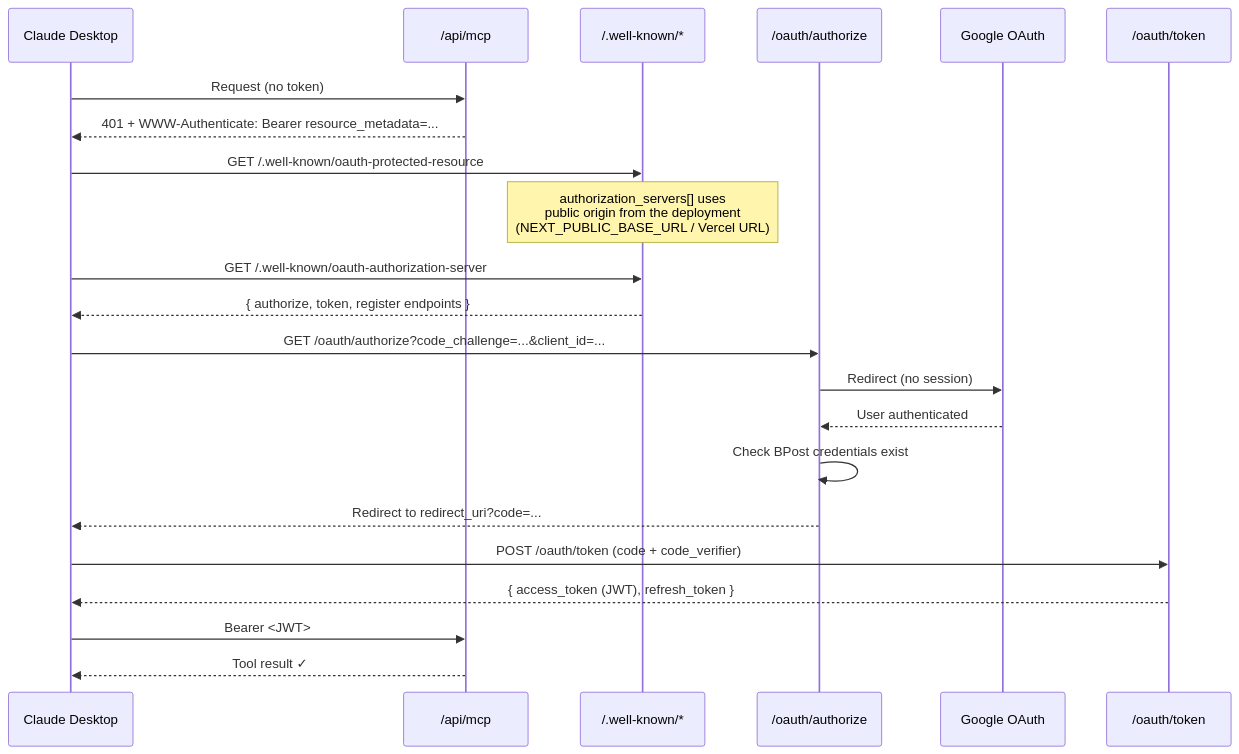
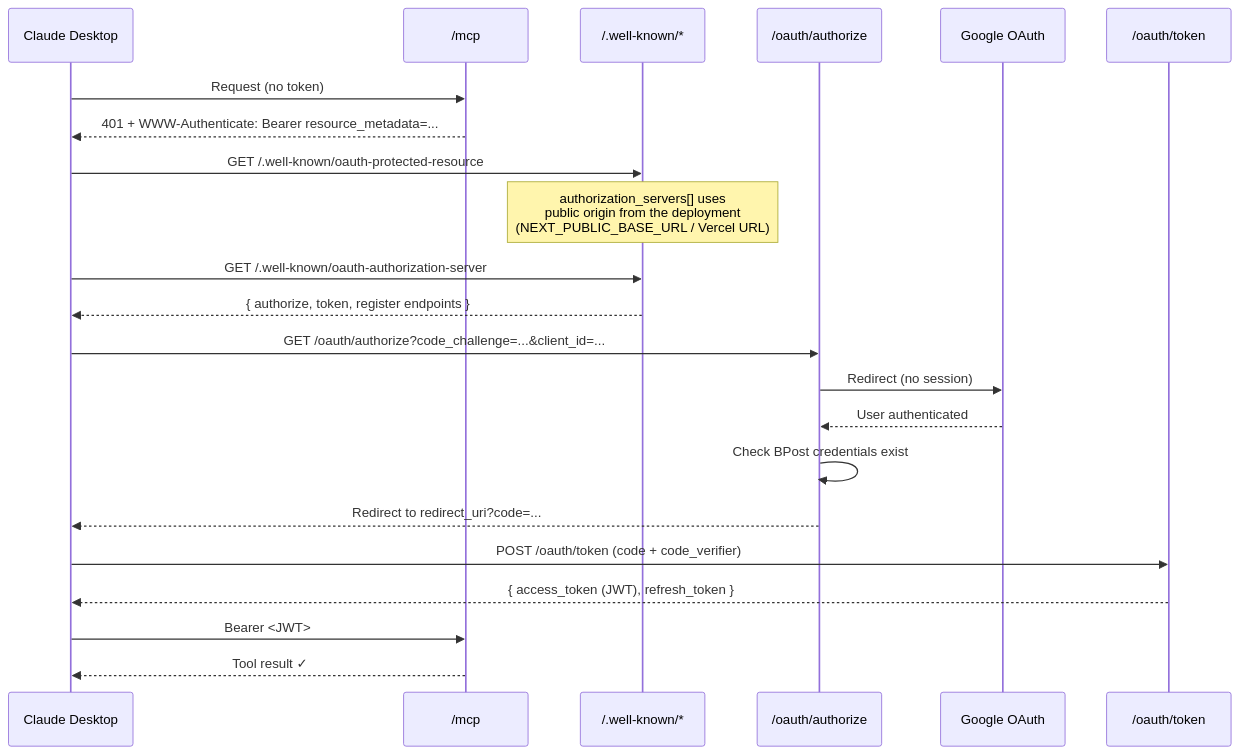
Before and after one commit to markminnoye/bpost-mcp: the third of 5 diagrams in docs/internal/architecture.md, drawn with Mermaid. The commit also changed other lines of this file and 13 other files, not shown here.

````diff
--- a/docs/internal/architecture.md
+++ b/docs/internal/architecture.md
@@ -124,25 +126,25 @@
 ```mermaid
 sequenceDiagram
     participant Claude as Claude Desktop
-    participant MCP as /api/mcp
+    participant MCP as /mcp
     participant WK as /.well-known/*
     participant Auth as /oauth/authorize
     participant Google as Google OAuth
     participant Token as /oauth/token
 
     Claude->>MCP: Request (no token)
     MCP-->>Claude: 401 + WWW-Authenticate: Bearer resource_metadata=...
     Claude->>WK: GET /.well-known/oauth-protected-resource
     Note over WK: authorization_servers[] uses<br/>public origin from the deployment<br/>(NEXT_PUBLIC_BASE_URL / Vercel URL)
     Claude->>WK: GET /.well-known/oauth-authorization-server
     WK-->>Claude: { authorize, token, register endpoints }
     Claude->>Auth: GET /oauth/authorize?code_challenge=...&client_id=...
     Auth->>Google: Redirect (no session)
     Google-->>Auth: User authenticated
     Auth->>Auth: Check BPost credentials exist
     Auth-->>Claude: Redirect to redirect_uri?code=...
     Claude->>Token: POST /oauth/token (code + code_verifier)
     Token-->>Claude: { access_token (JWT), refresh_token }
     Claude->>MCP: Bearer <JWT>
     MCP-->>Claude: Tool result ✓
 ```
````
